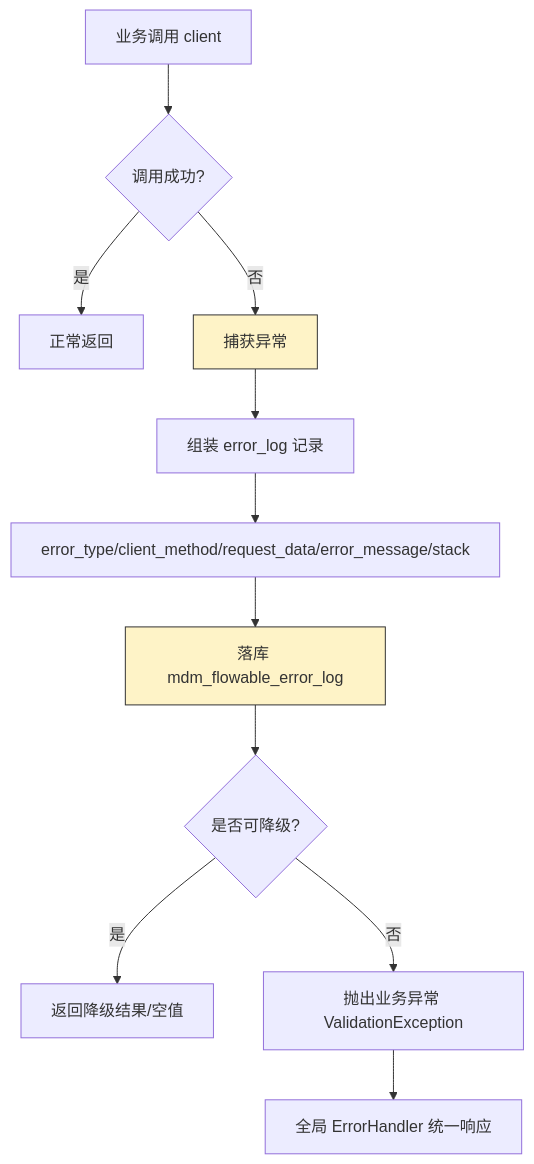
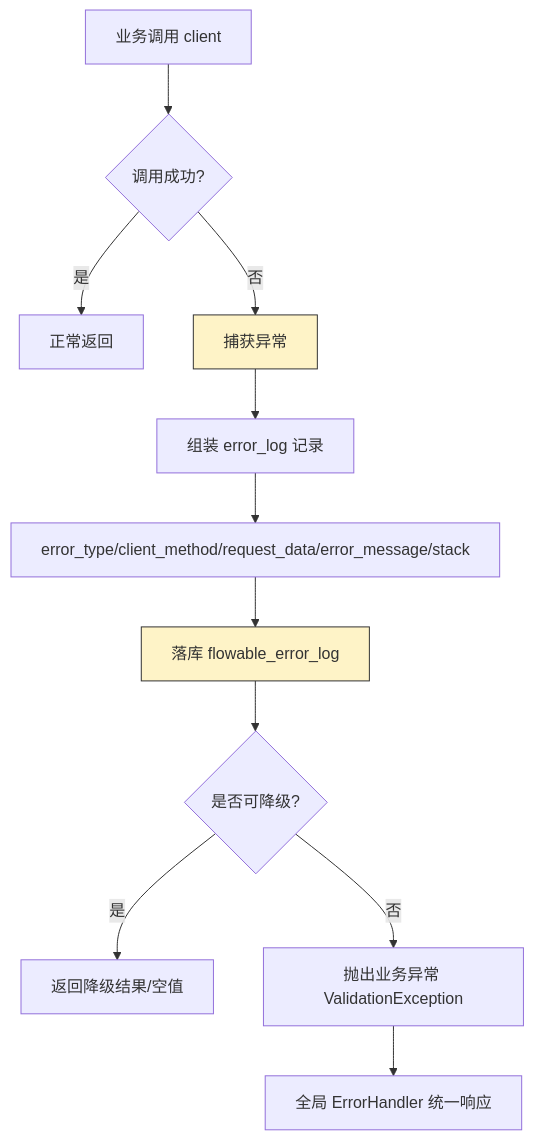
One commit to shrimp-group/sh-microapp changed the third of 3 diagrams in docs/stories/基础设施/007-micro-flowable流程引擎.md. Above: the diagram before and after it, drawn with Mermaid. The commit also changed other lines of this file and 38 other files, not shown here.

````diff
--- a/docs/stories/基础设施/007-micro-flowable流程引擎.md
+++ b/docs/stories/基础设施/007-micro-flowable流程引擎.md
@@ -402,16 +402,16 @@
 ```mermaid
 flowchart TD
     A[业务调用 client] --> B{调用成功?}
     B -->|是| C[正常返回]
     B -->|否| D[捕获异常]
     D --> E[组装 error_log 记录]
     E --> F[error_type/client_method/request_data/error_message/stack]
-    F --> G[落库 mdm_flowable_error_log]
+    F --> G[落库 flowable_error_log]
     G --> H{是否可降级?}
     H -->|是| I[返回降级结果/空值]
     H -->|否| J[抛出业务异常 ValidationException]
     J --> K[全局 ErrorHandler 统一响应]
 
     style D fill:#fef3c7,stroke:#333
     style G fill:#fef3c7,stroke:#333
 ```
````
